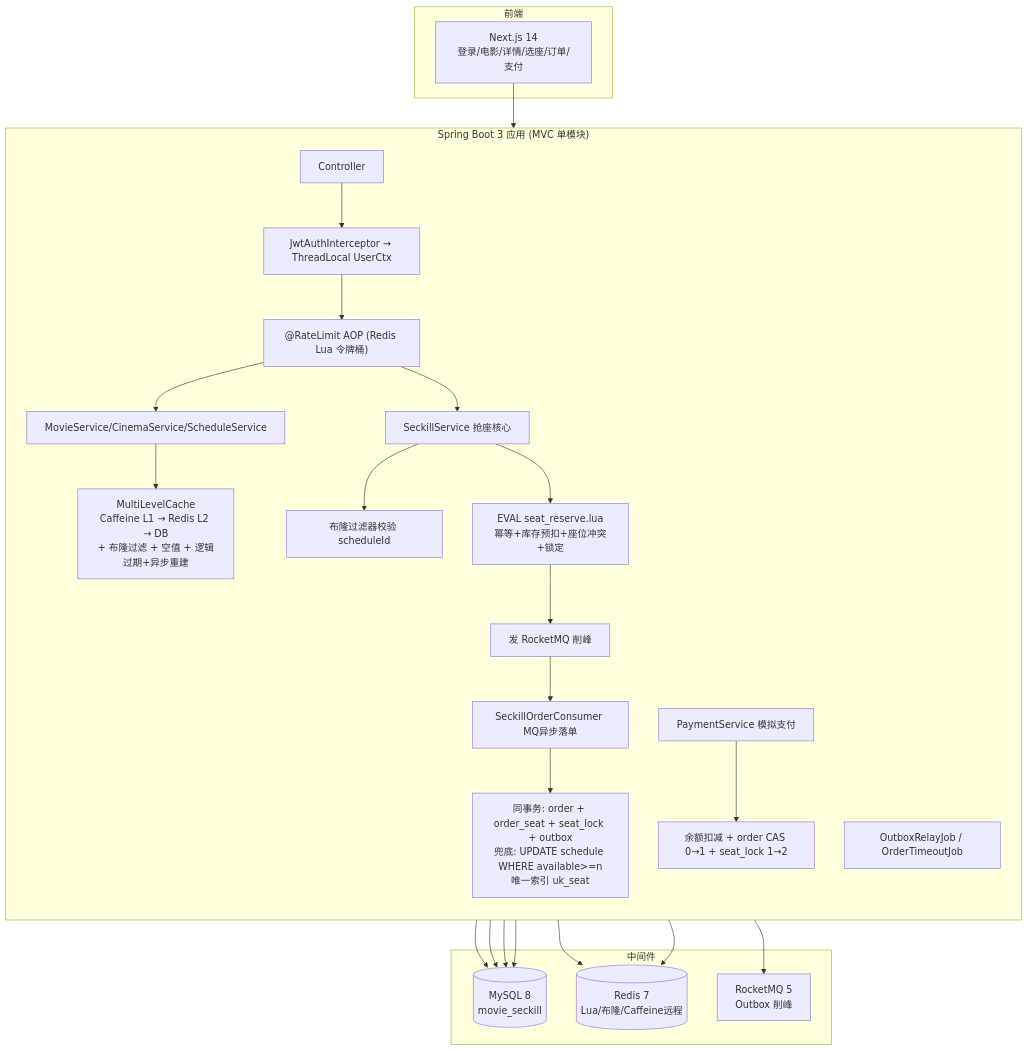
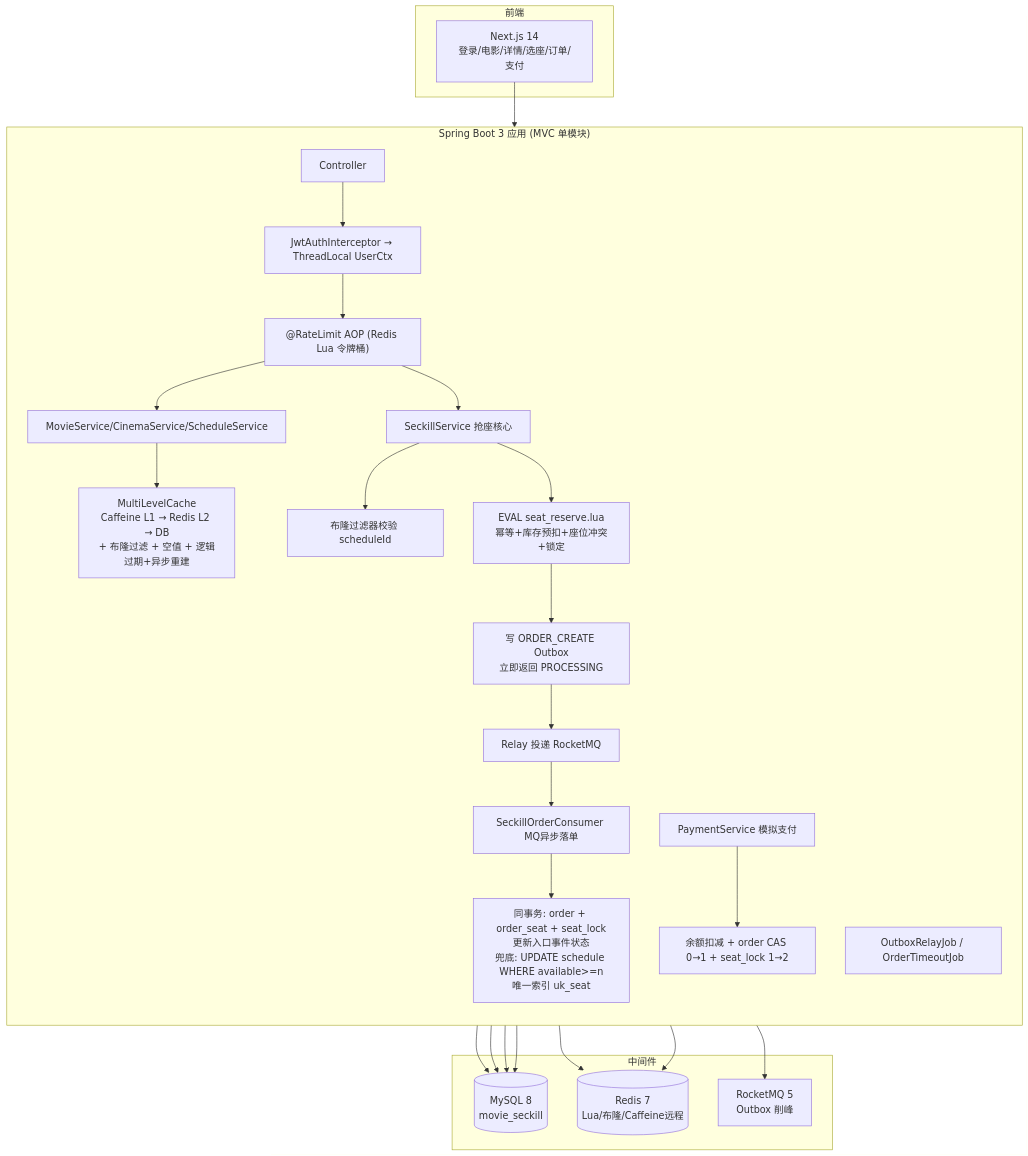
Before and after one commit to wangn-tech/movie-seckill: the first of 2 diagrams in docs/开发文档.md, drawn with Mermaid. The commit also changed other lines of this file and 7 other files, not shown here.

````diff
--- a/docs/开发文档.md
+++ b/docs/开发文档.md
@@ -61,43 +61,44 @@
 ```mermaid
 graph TB
     subgraph FE["前端"]
         P1["Next.js 14<br/>登录/电影/详情/选座/订单/支付"]
     end
 
     subgraph APP["Spring Boot 3 应用 (MVC 单模块)"]
         direction TB
         C1["Controller"]
         C2["JwtAuthInterceptor → ThreadLocal UserCtx"]
         C3["@RateLimit AOP (Redis Lua 令牌桶)"]
         S1["MovieService/CinemaService/ScheduleService"]
         S2["SeckillService 抢座核心"]
         S3["SeckillOrderConsumer MQ异步落单"]
         S4["PaymentService 模拟支付"]
         S5["OutboxRelayJob / OrderTimeoutJob"]
         C1 --> C2 --> C3
         C3 --> S1
         C3 --> S2
         S1 --> ML["MultiLevelCache<br/>Caffeine L1 → Redis L2 → DB<br/>+ 布隆过滤 + 空值 + 逻辑过期+异步重建"]
         S2 --> BLOOM["布隆过滤器校验 scheduleId"]
         S2 --> LUA["EVAL seat_reserve.lua<br/>幂等+库存预扣+座位冲突+锁定"]
-        LUA --> MQ["发 RocketMQ 削峰"]
+        LUA --> OUTBOX["写 ORDER_CREATE Outbox<br/>立即返回 PROCESSING"]
+        OUTBOX --> MQ["Relay 投递 RocketMQ"]
         MQ --> S3
-        S3 --> TX["同事务: order + order_seat + seat_lock + outbox<br/>兜底: UPDATE schedule WHERE available>=n<br/>唯一索引 uk_seat"]
+        S3 --> TX["同事务: order + order_seat + seat_lock<br/>更新入口事件状态<br/>兜底: UPDATE schedule WHERE available>=n<br/>唯一索引 uk_seat"]
         S4 --> CAS["余额扣减 + order CAS 0→1 + seat_lock 1→2"]
     end
 
     subgraph INFRA["中间件"]
         DB[("MySQL 8<br/>movie_seckill")]
         RDS[("Redis 7<br/>Lua/布隆/Caffeine远程")]
         RMQ["RocketMQ 5<br/>Outbox 削峰"]
     end
 
     P1 --> C1
     ML --> RDS
     ML --> DB
     S3 --> DB
     S4 --> DB
     S5 --> DB
     S5 --> RDS
     S5 --> RMQ
 ```
````
